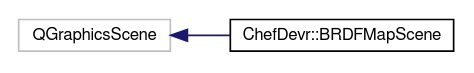
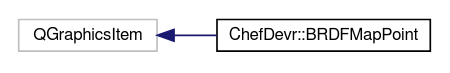
Before and after one commit to bsella/brdf: the diagram in docs/inherit_graph_1.dot, drawn with Graphviz. The commit also changed 461 other files, not shown here.

```diff
--- a/docs/inherit_graph_1.dot
+++ b/docs/inherit_graph_1.dot
@@ -1,10 +1,10 @@
 digraph "Graphical Class Hierarchy"
 {
  // LATEX_PDF_SIZE
   edge [fontname="FreeSans",fontsize="10",labelfontname="FreeSans",labelfontsize="10"];
   node [fontname="FreeSans",fontsize="10",shape=record];
   rankdir="LR";
-  Node3 [label="QGraphicsScene",height=0.2,width=0.4,color="grey75", fillcolor="white", style="filled",tooltip=" "];
-  Node3 -> Node0 [dir="back",color="midnightblue",fontsize="10",style="solid",fontname="FreeSans"];
-  Node0 [label="ChefDevr::BRDFMapScene",height=0.2,width=0.4,color="black", fillcolor="white", style="filled",URL="$class_chef_devr_1_1_b_r_d_f_map_scene.html",tooltip="Widget that allows choosing a BRDF by providing a latent space representation."];
+  Node18 [label="QGraphicsItem",height=0.2,width=0.4,color="grey75", fillcolor="white", style="filled",tooltip=" "];
+  Node18 -> Node0 [dir="back",color="midnightblue",fontsize="10",style="solid",fontname="FreeSans"];
+  Node0 [label="ChefDevr::BRDFMapPoint",height=0.2,width=0.4,color="black", fillcolor="white", style="filled",URL="$class_chef_devr_1_1_b_r_d_f_map_point.html",tooltip="Point on the BRDFMap corresponding to a BRDF."];
 }
```
